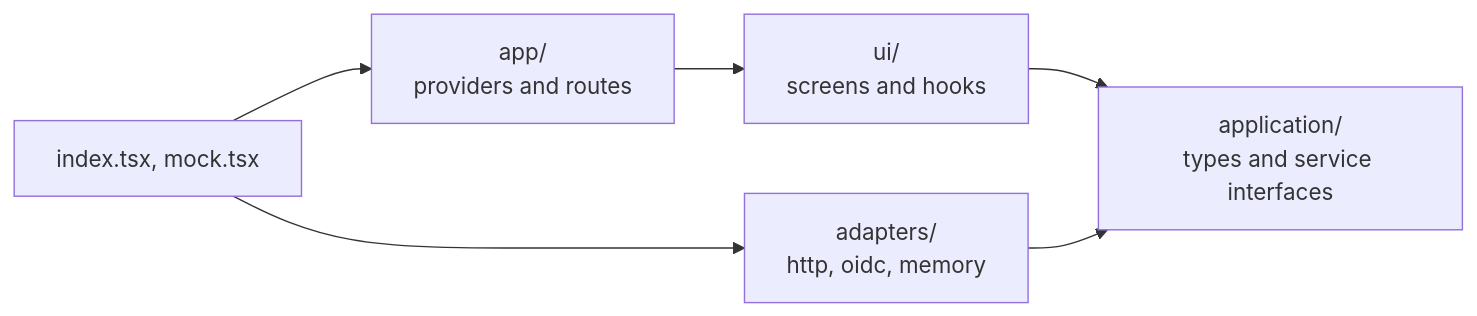
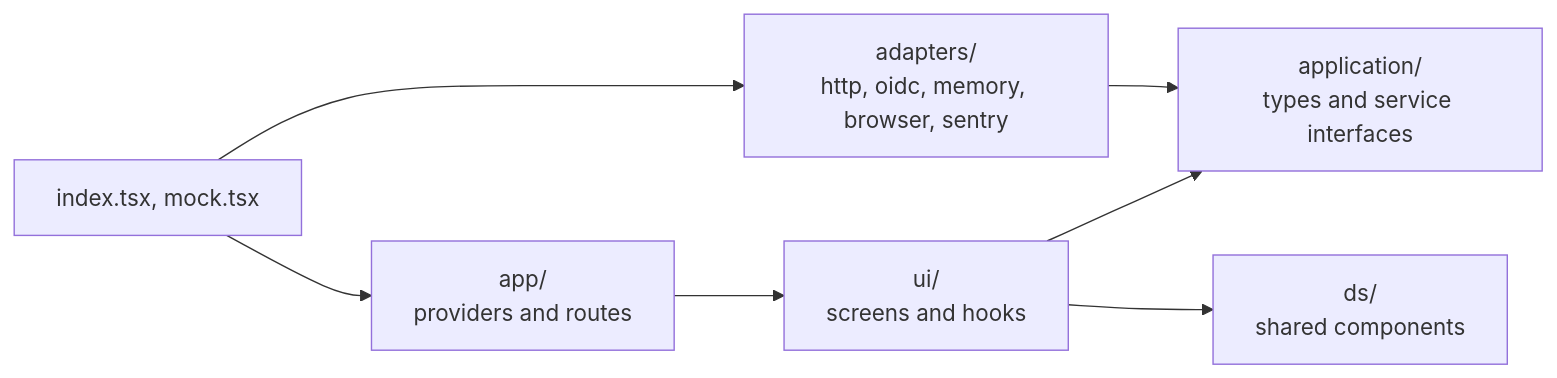
Before and after one commit to linagora/twake-space: the diagram in docs/frontend-dev.md, drawn with Mermaid. The commit also changed other lines of this file and 5 other files, not shown here.

````diff
--- a/docs/frontend-dev.md
+++ b/docs/frontend-dev.md
@@ -37,8 +39,9 @@
 ```mermaid
 flowchart LR
   ui["ui/<br>screens and hooks"] --> application["application/<br>types and service interfaces"]
-  adapters["adapters/<br>http, oidc, memory"] --> application
+  ui --> ds["ds/<br>shared components"]
+  adapters["adapters/<br>http, oidc, memory, browser, sentry"] --> application
   app["app/<br>providers and routes"] --> ui
   roots["index.tsx, mock.tsx"] --> app
   roots --> adapters
 ```
````
